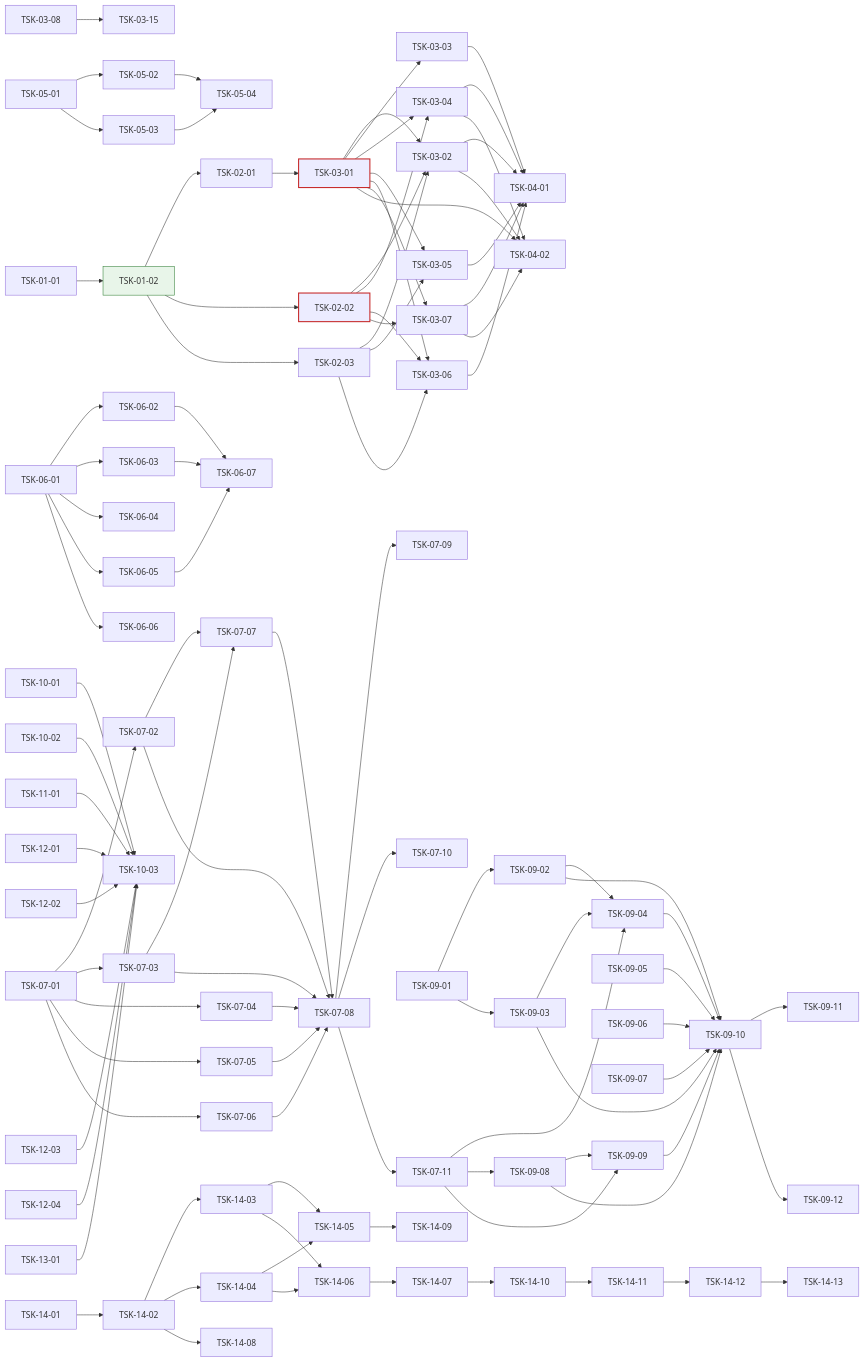
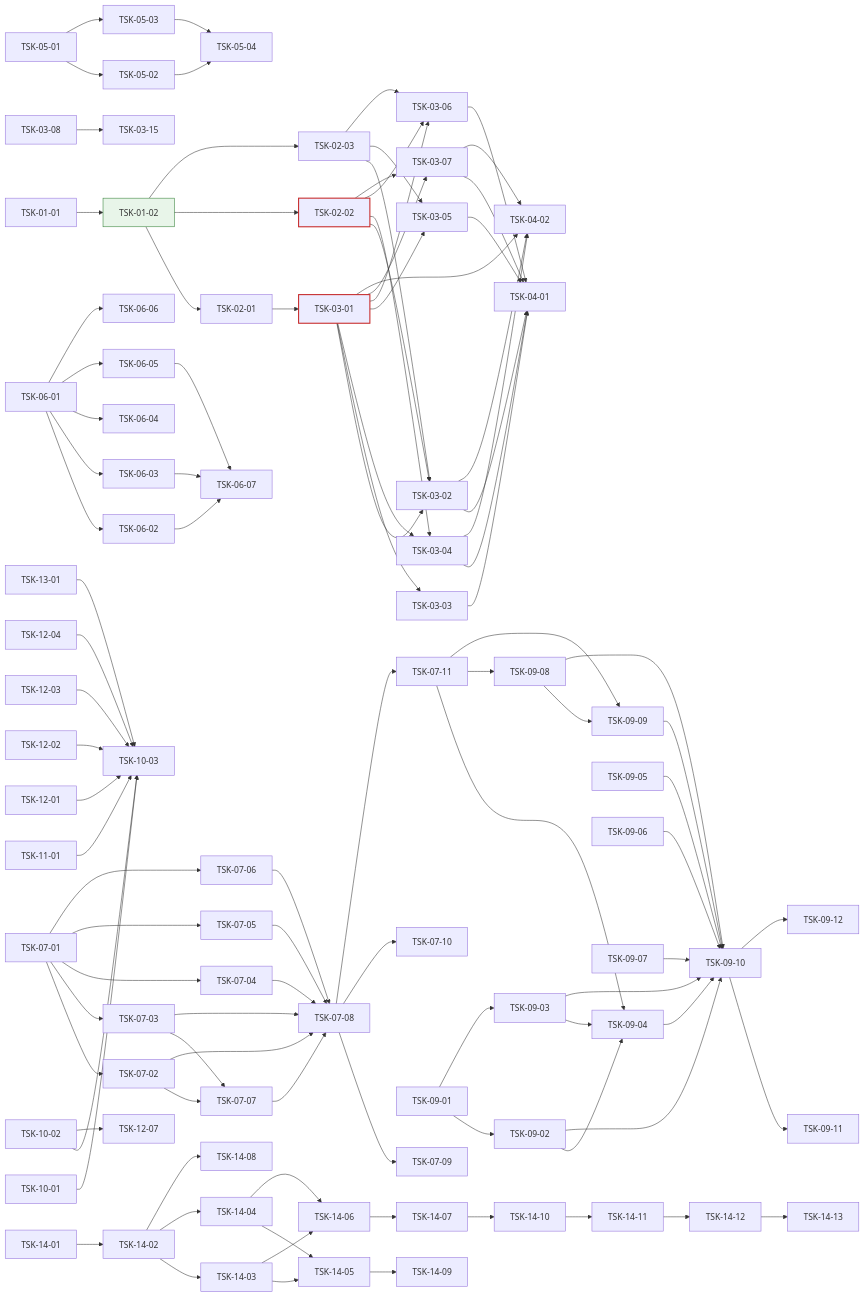
One commit to jongik-sv/oranda changed the diagram in docs/oranda1/wbs.md. Above: the diagram before and after it, drawn with Mermaid. The commit also changed other lines of this file and 5 other files, not shown here.

```diff
--- a/docs/oranda1/wbs.md
+++ b/docs/oranda1/wbs.md
@@ -1159,6 +1171,7 @@
   TSK-12-03 --> TSK-10-03
   TSK-12-04 --> TSK-10-03
   TSK-13-01 --> TSK-10-03
+  TSK-10-02 --> TSK-12-07
   TSK-14-01 --> TSK-14-02
   TSK-14-02 --> TSK-14-03
   TSK-14-02 --> TSK-14-04
```
